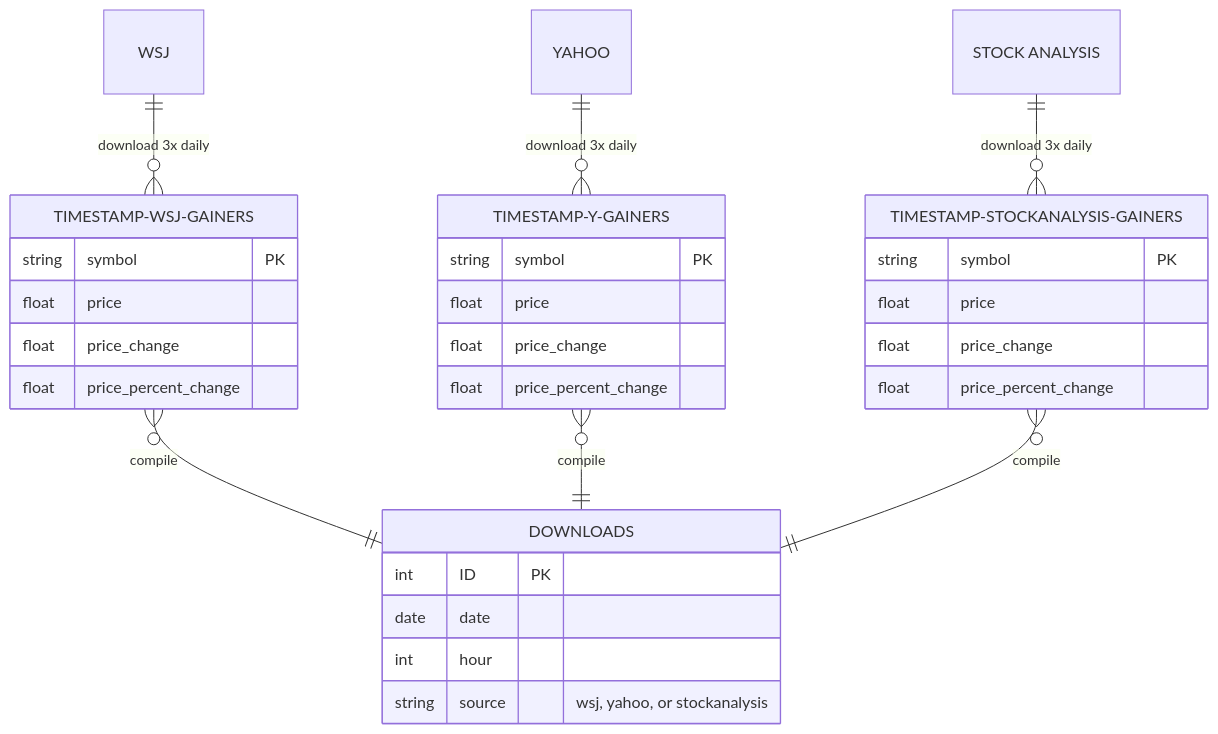
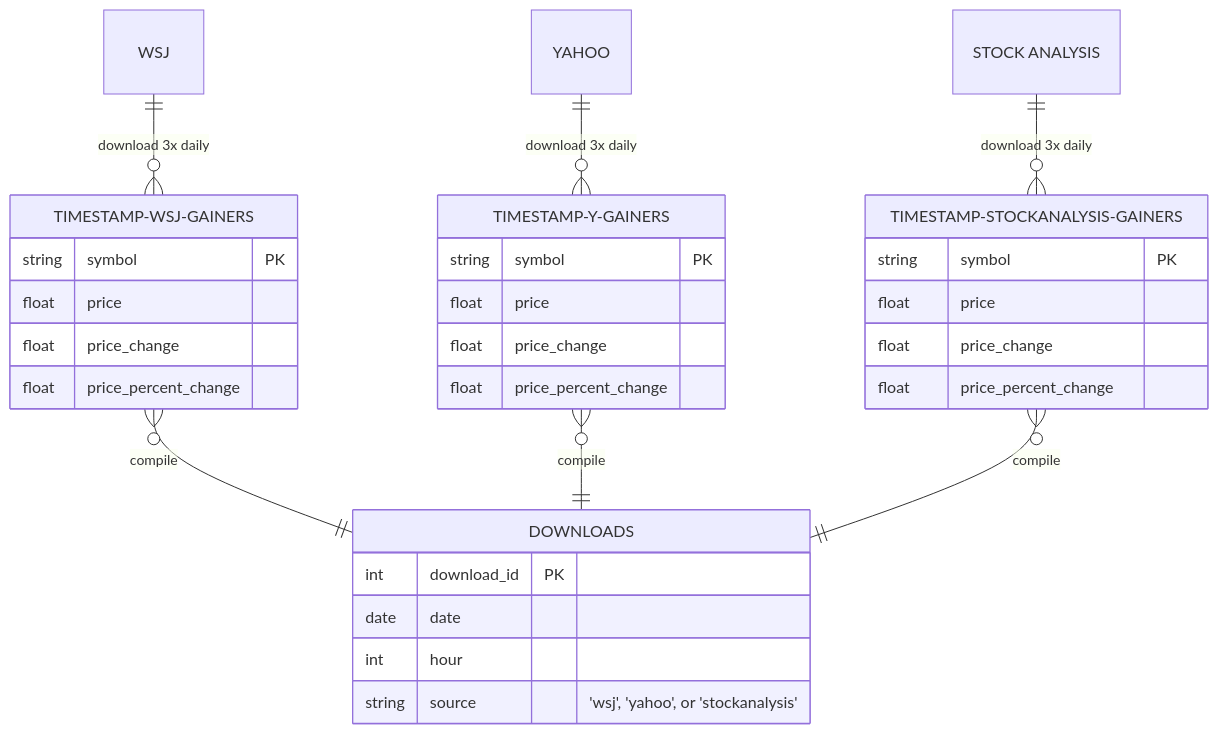
Before and after one commit to KazBarker/SP25_DS5111_nrg6cb: the diagram in ERD/ERD.md, drawn with Mermaid.

Commit message:
formatting

````diff
--- a/ERD/ERD.md
+++ b/ERD/ERD.md
@@ -2,36 +2,36 @@
 ```mermaid
 erDiagram
     WSJ only one to zero or more TIMESTAMP-WSJ-GAINERS : "download 3x daily"
     YAHOO only one to zero or more TIMESTAMP-Y-GAINERS : "download 3x daily"
     "STOCK ANALYSIS" only one to zero or more TIMESTAMP-STOCKANALYSIS-GAINERS : "download 3x daily"
     
     TIMESTAMP-WSJ-GAINERS {
         string symbol PK
         float price
         float price_change
         float price_percent_change
     }
     TIMESTAMP-Y-GAINERS {
         string symbol PK
         float price
         float price_change
         float price_percent_change
     }
     TIMESTAMP-STOCKANALYSIS-GAINERS {
         string symbol PK
         float price
         float price_change
         float price_percent_change
     }
  
     TIMESTAMP-WSJ-GAINERS many to only one DOWNLOADS : "compile"
     TIMESTAMP-Y-GAINERS many to only one DOWNLOADS : "compile"
     TIMESTAMP-STOCKANALYSIS-GAINERS many to only one DOWNLOADS : "compile"
 
     DOWNLOADS {
-        int ID PK
+        int download_id PK
         date date
         int hour
-        string source "wsj, yahoo, or stockanalysis"
+        string source "'wsj', 'yahoo', or 'stockanalysis'"
     }
 ```
````
